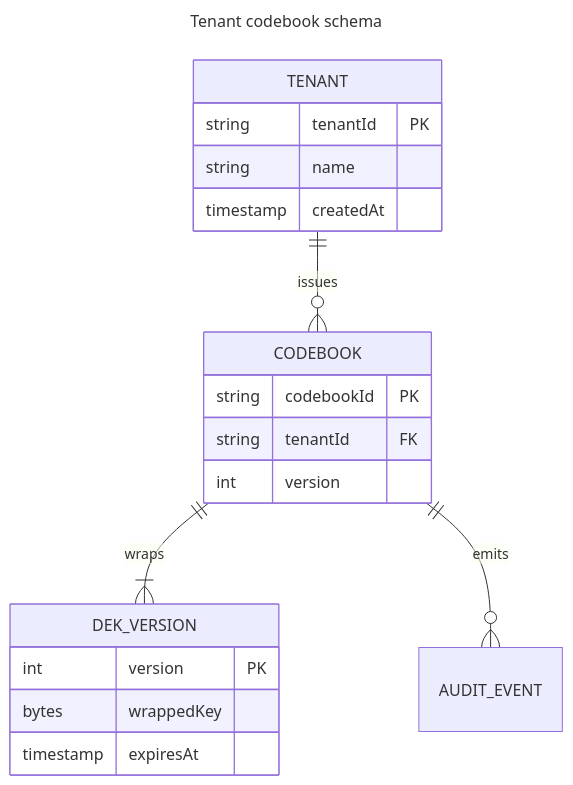
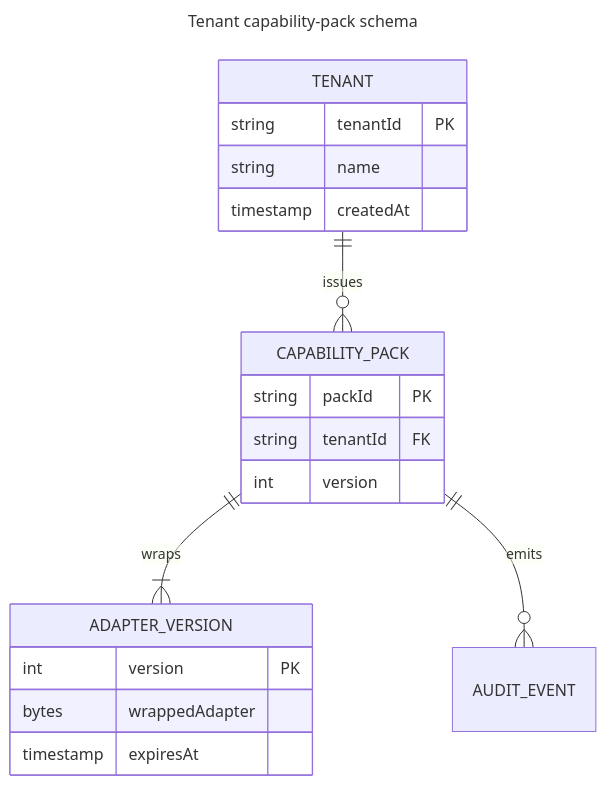
Before and after one commit to SlideWright/lattice: the fifth of 25 diagrams in lib/components/diagram/diagram/diagram.gallery.md, drawn with Mermaid. The commit also changed other lines of this file and 75 other files, not shown here.

````diff
--- a/lib/components/diagram/diagram/diagram.gallery.md
+++ b/lib/components/diagram/diagram/diagram.gallery.md
@@ -166,24 +166,24 @@
 ```mermaid
 ---
-title: Tenant codebook schema
+title: Tenant capability-pack schema
 ---
 erDiagram
-  TENANT ||--o{ CODEBOOK : "issues"
-  CODEBOOK ||--|{ DEK_VERSION : "wraps"
-  CODEBOOK ||--o{ AUDIT_EVENT : "emits"
+  TENANT ||--o{ CAPABILITY_PACK : "issues"
+  CAPABILITY_PACK ||--|{ ADAPTER_VERSION : "wraps"
+  CAPABILITY_PACK ||--o{ AUDIT_EVENT : "emits"
   TENANT {
     string tenantId PK
     string name
     timestamp createdAt
   }
-  CODEBOOK {
-    string codebookId PK
+  CAPABILITY_PACK {
+    string packId PK
     string tenantId FK
     int version
   }
-  DEK_VERSION {
+  ADAPTER_VERSION {
     int version PK
-    bytes wrappedKey
+    bytes wrappedAdapter
     timestamp expiresAt
   }
 ```
````
